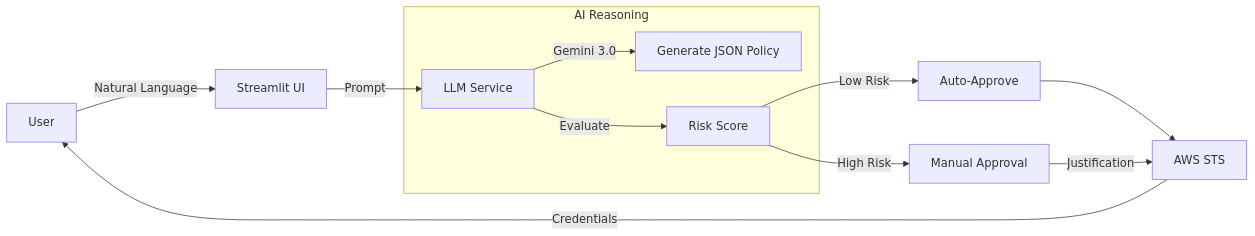
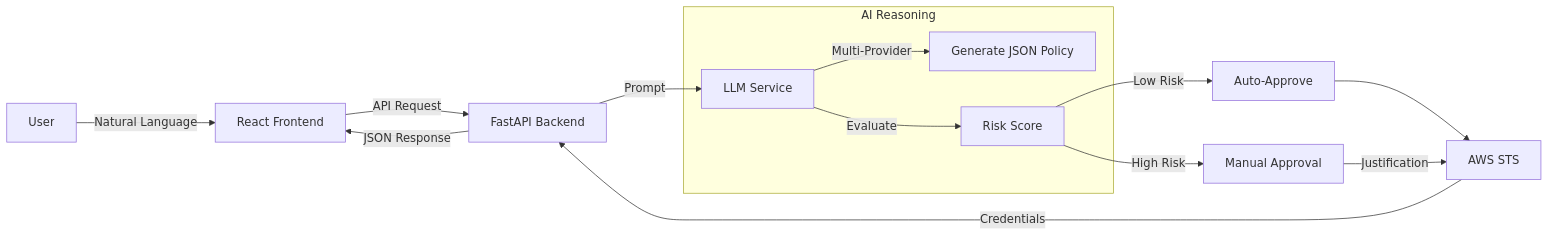
One commit to tupacalypse187/IAM-dynamic changed the diagram in README.md. Above: the diagram before and after it, drawn with Mermaid. The commit also changed other lines of this file, not shown here.

First line of the commit message:
docs: Update README to reflect React/FastAPI architecture

````diff
--- a/README.md
+++ b/README.md
@@ -137,18 +165,20 @@
 ```mermaid
 graph LR
-    User[User] -->|Natural Language| UI[Streamlit UI]
-    UI -->|Prompt| Agent[LLM Service]
+    User[User] -->|Natural Language| UI[React Frontend]
+    UI -->|API Request| API[FastAPI Backend]
+    API -->|Prompt| Agent[LLM Service]
     
     subgraph "AI Reasoning"
-    Agent -->|Gemini 3.0| Policy[Generate JSON Policy]
+    Agent -->|Multi-Provider| Policy[Generate JSON Policy]
     Agent -->|Evaluate| Risk[Risk Score]
     end
     
     Risk -->|Low Risk| Auto[Auto-Approve]
     Risk -->|High Risk| Manual[Manual Approval]
     
     Auto --> STS[AWS STS]
     Manual -->|Justification| STS
     
-    STS -->|Credentials| User
+    STS -->|Credentials| API
+    API -->|JSON Response| UI
 ```
````
